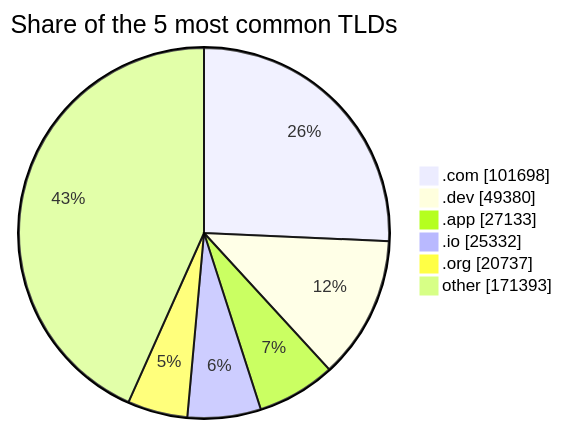
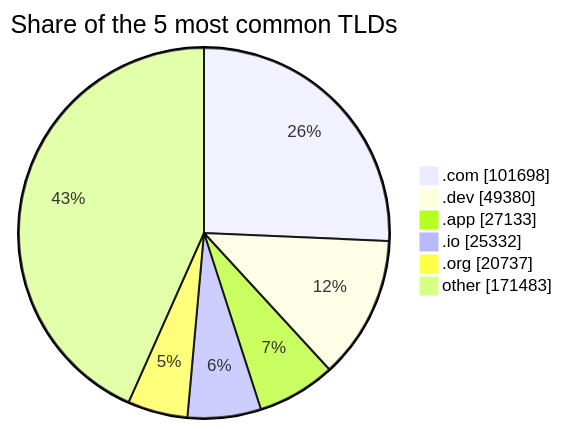
The third of 3 diagrams in README.md (DNSBunker/CTI), drawn with Mermaid before and after one commit. The commit also changed other lines of this file and 3 other files, not shown here.

````diff
--- a/README.md
+++ b/README.md
@@ -81,9 +81,9 @@
 ```mermaid
 pie showData title Share of the 5 most common TLDs
     ".com" : 101698
     ".dev" : 49380
     ".app" : 27133
     ".io" : 25332
     ".org" : 20737
-    "other" : 171393
+    "other" : 171483
 ```
````
